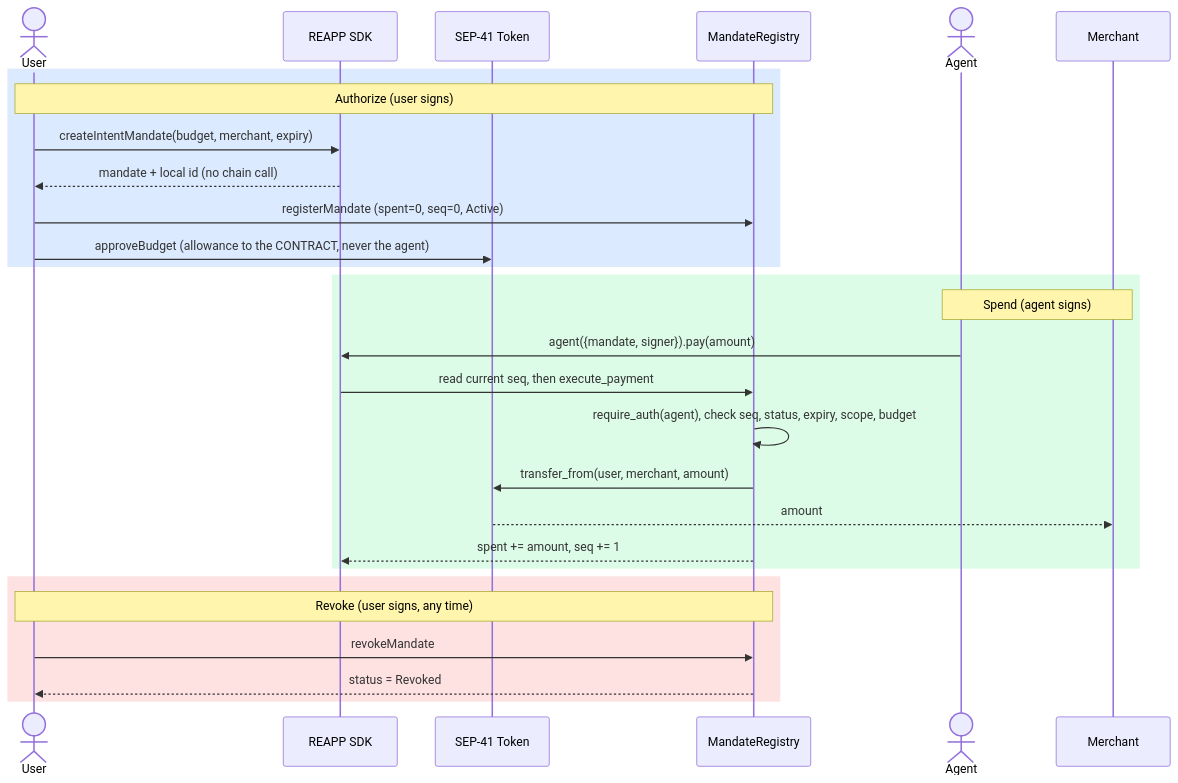
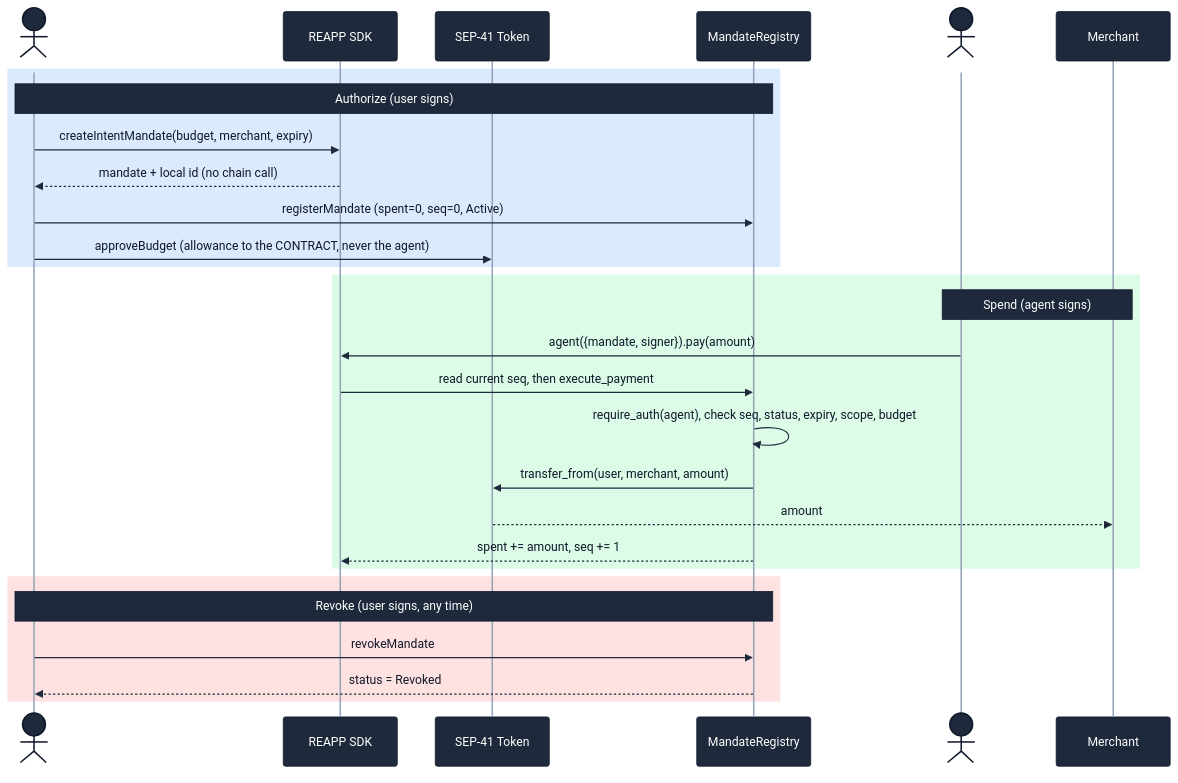
One commit to reapp-protocol/reapp-protocol changed the first of 2 diagrams in docs/tranche-1-step-2.md. Above: the diagram before and after it, drawn with Mermaid.

Commit message:
docs(step-2): pin readable mermaid theme on the sequence diagram (dark message text on phase rects)

````diff
--- a/docs/tranche-1-step-2.md
+++ b/docs/tranche-1-step-2.md
@@ -93,33 +93,34 @@
 ```mermaid
+%%{init: {'theme':'base','themeVariables':{'actorBkg':'#1e293b','actorBorder':'#0f172a','actorTextColor':'#ffffff','actorLineColor':'#94a3b8','signalColor':'#1e293b','signalTextColor':'#0f172a','labelBoxBkgColor':'#1e293b','labelBoxBorderColor':'#0f172a','labelTextColor':'#ffffff','noteBkgColor':'#1e293b','noteBorderColor':'#0f172a','noteTextColor':'#ffffff'}}}%%
 sequenceDiagram
     actor User
     participant SDK as REAPP SDK
     participant Token as SEP-41 Token
     participant Registry as MandateRegistry
     actor Agent
     participant Merchant
 
     rect rgb(219, 234, 254)
     Note over User,Registry: Authorize (user signs)
     User->>SDK: createIntentMandate(budget, merchant, expiry)
     SDK-->>User: mandate + local id (no chain call)
     User->>Registry: registerMandate (spent=0, seq=0, Active)
     User->>Token: approveBudget (allowance to the CONTRACT, never the agent)
     end
 
     rect rgb(220, 252, 231)
     Note over Agent,Merchant: Spend (agent signs)
     Agent->>SDK: agent({mandate, signer}).pay(amount)
     SDK->>Registry: read current seq, then execute_payment
     Registry->>Registry: require_auth(agent), check seq, status, expiry, scope, budget
     Registry->>Token: transfer_from(user, merchant, amount)
     Token-->>Merchant: amount
     Registry-->>SDK: spent += amount, seq += 1
     end
 
     rect rgb(254, 226, 226)
     Note over User,Registry: Revoke (user signs, any time)
     User->>Registry: revokeMandate
     Registry-->>User: status = Revoked
     end
 ```
````
